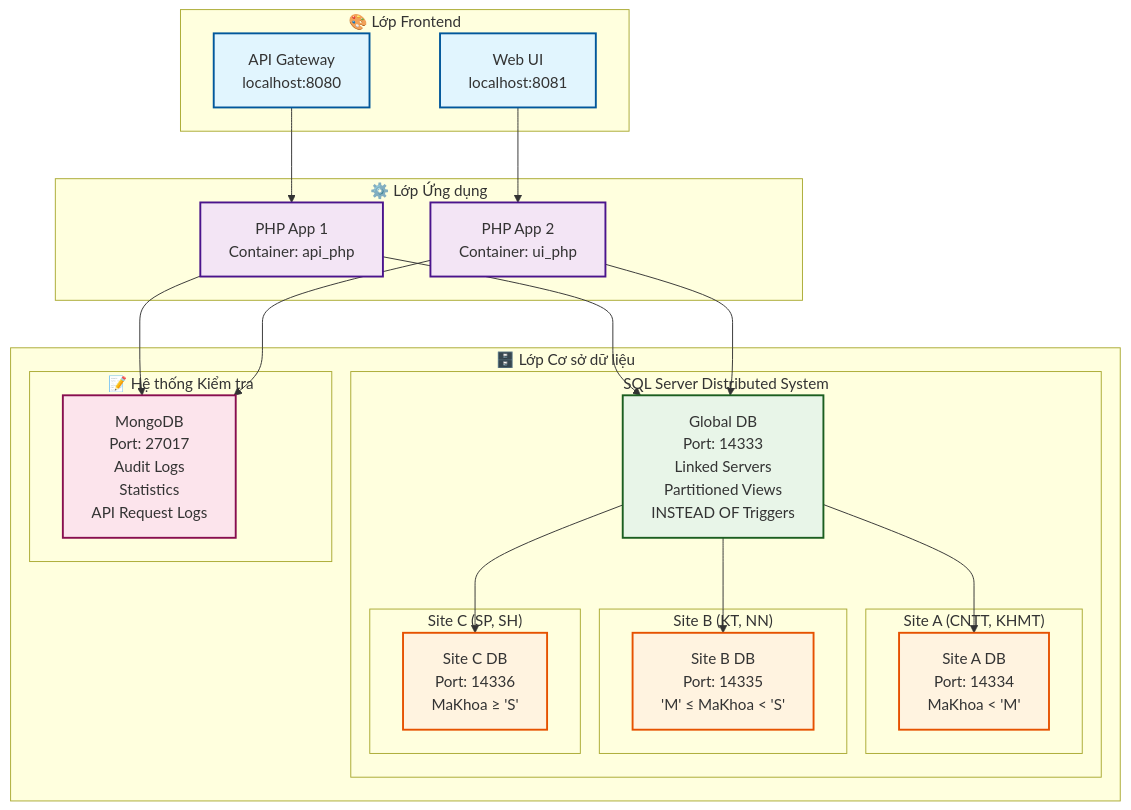
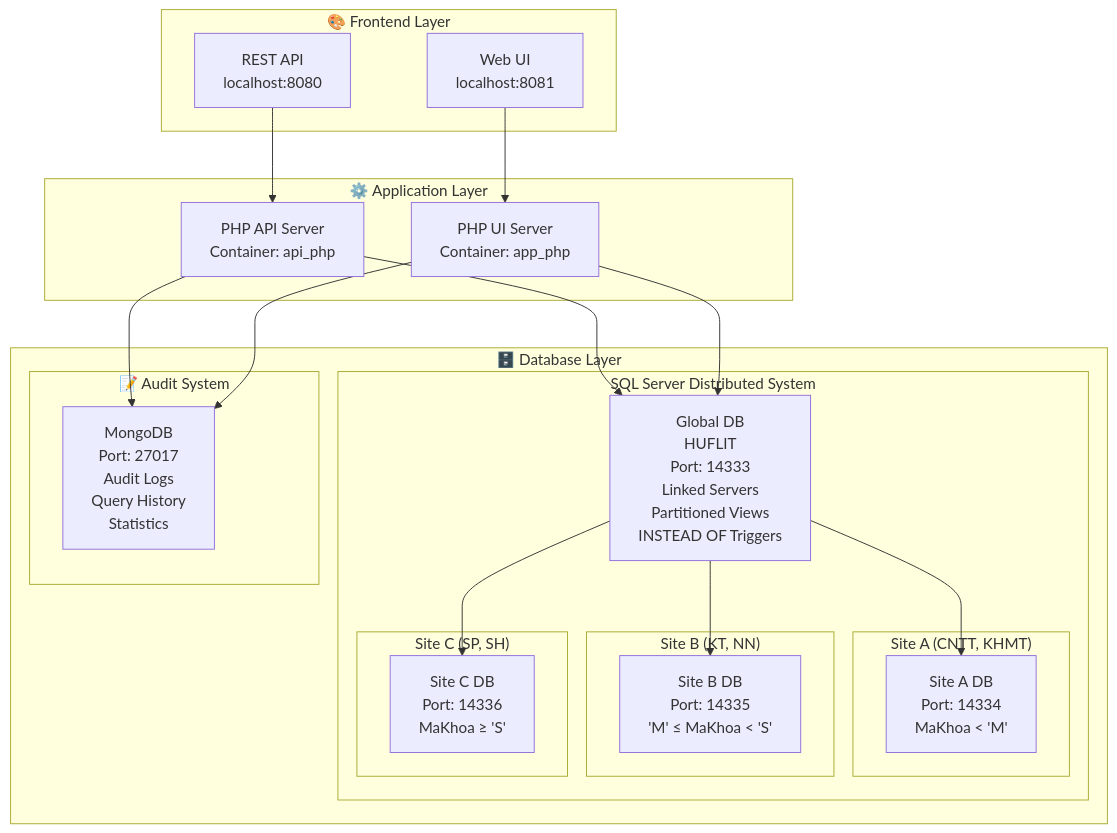
The first of 2 diagrams in README.md (TienxDun/Distributed_Database), drawn with Mermaid before and after one commit. The commit also changed other lines of this file and 2 other files, not shown here.

````diff
--- a/README.md
+++ b/README.md
@@ -43,63 +71,46 @@
 ```mermaid
 graph TB
-    %% User Interface
-    subgraph "🎨 Lớp Frontend"
+    subgraph "🎨 Frontend Layer"
         UI[Web UI<br/>localhost:8081]
-        API[API Gateway<br/>localhost:8080]
+        API[REST API<br/>localhost:8080]
     end
 
-    %% Application Layer
-    subgraph "⚙️ Lớp Ứng dụng"
-        PHP1[PHP App 1<br/>Container: api_php]
-        PHP2[PHP App 2<br/>Container: ui_php]
+    subgraph "⚙️ Application Layer"
+        PHP_API[PHP API Server<br/>Container: api_php]
+        PHP_UI[PHP UI Server<br/>Container: app_php]
     end
 
-    %% Database Layer
-    subgraph "🗄️ Lớp Cơ sở dữ liệu"
+    subgraph "🗄️ Database Layer"
         subgraph "SQL Server Distributed System"
-            GLOBAL[Global DB<br/>Port: 14333<br/>Linked Servers<br/>Partitioned Views<br/>INSTEAD OF Triggers]
+            GLOBAL[Global DB<br/>HUFLIT<br/>Port: 14333<br/>Linked Servers<br/>Partitioned Views<br/>INSTEAD OF Triggers]
 
             subgraph "Site A (CNTT, KHMT)"
                 SITE_A[Site A DB<br/>Port: 14334<br/>MaKhoa < 'M']
             end
 
             subgraph "Site B (KT, NN)"
                 SITE_B[Site B DB<br/>Port: 14335<br/>'M' ≤ MaKhoa < 'S']
             end
 
             subgraph "Site C (SP, SH)"
                 SITE_C[Site C DB<br/>Port: 14336<br/>MaKhoa ≥ 'S']
             end
         end
 
-        subgraph "📝 Hệ thống Kiểm tra"
-            MONGO[MongoDB<br/>Port: 27017<br/>Audit Logs<br/>Statistics<br/>API Request Logs]
+        subgraph "📝 Audit System"
+            MONGO[MongoDB<br/>Port: 27017<br/>Audit Logs<br/>Query History<br/>Statistics]
         end
     end
 
-    %% Data Flow
-    UI --> PHP2
-    API --> PHP1
-    PHP1 --> GLOBAL
-    PHP2 --> GLOBAL
+    UI --> PHP_UI
+    API --> PHP_API
+    PHP_API --> GLOBAL
+    PHP_UI --> GLOBAL
 
     GLOBAL --> SITE_A
     GLOBAL --> SITE_B
     GLOBAL --> SITE_C
 
-    PHP1 --> MONGO
-    PHP2 --> MONGO
-
-    %% Styling
-    classDef frontend fill:#e1f5fe,stroke:#01579b,stroke-width:2px
-    classDef app fill:#f3e5f5,stroke:#4a148c,stroke-width:2px
-    classDef db fill:#e8f5e8,stroke:#1b5e20,stroke-width:2px
-    classDef site fill:#fff3e0,stroke:#e65100,stroke-width:2px
-    classDef mongo fill:#fce4ec,stroke:#880e4f,stroke-width:2px
-
-    class UI,API frontend
-    class PHP1,PHP2 app
-    class GLOBAL db
-    class SITE_A,SITE_B,SITE_C site
-    class MONGO mongo
+    PHP_API --> MONGO
+    PHP_UI --> MONGO
 ```
````
